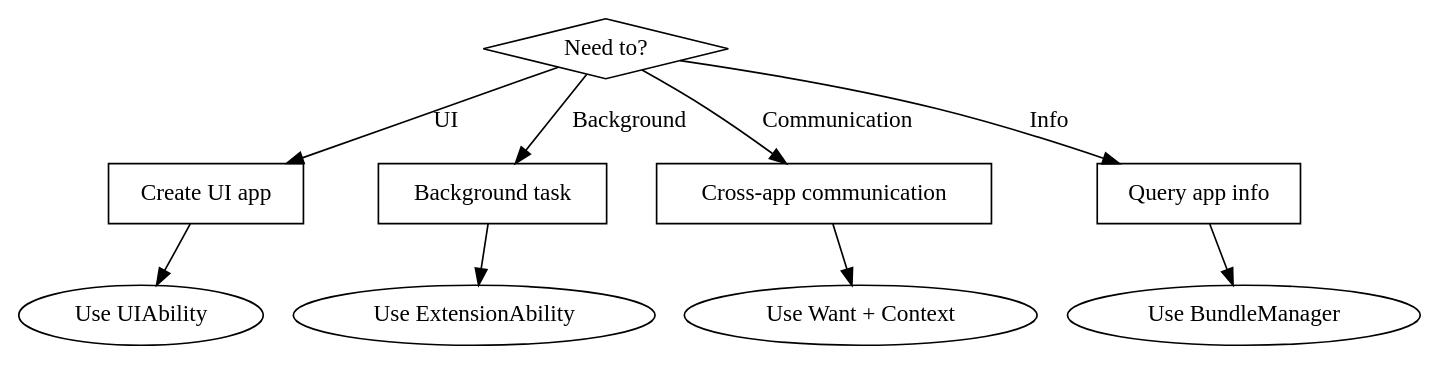
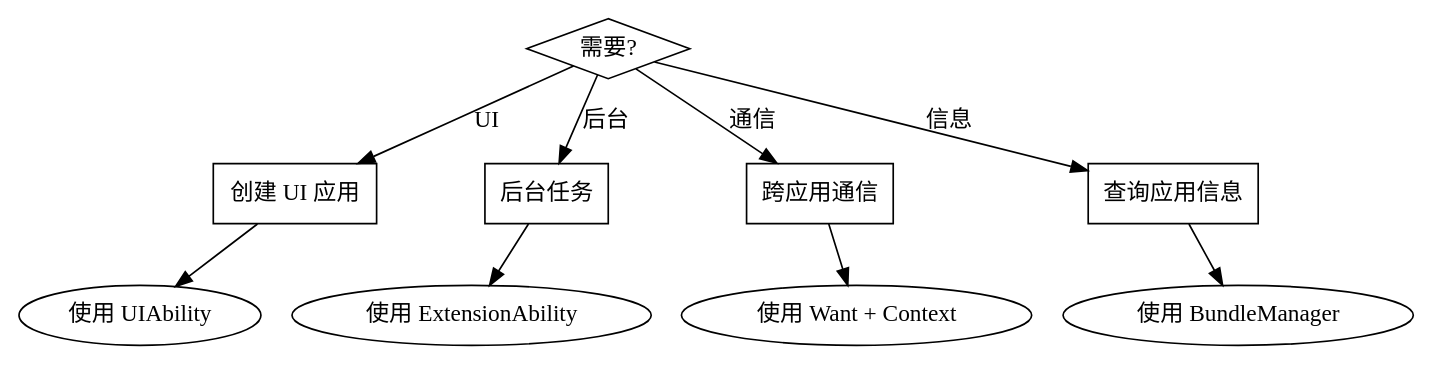
The diagram in skills/openharmony-ability-kit/SKILL.md (mengfei0053/skills), drawn with Graphviz before and after one commit. The commit also changed other lines of this file and 9 other files, not shown here.

````diff
--- a/skills/openharmony-ability-kit/SKILL.md
+++ b/skills/openharmony-ability-kit/SKILL.md
@@ -23,24 +23,24 @@
 ```dot
 digraph ability_decision {
-  "Need to?" [shape=diamond];
-  "Create UI app" [shape=box];
-  "Background task" [shape=box];
-  "Cross-app communication" [shape=box];
-  "Query app info" [shape=box];
-  
-  "Use UIAbility" [shape=ellipse];
-  "Use ExtensionAbility" [shape=ellipse];
-  "Use Want + Context" [shape=ellipse];
-  "Use BundleManager" [shape=ellipse];
-  
-  "Need to?" -> "Create UI app" [label="UI"];
-  "Need to?" -> "Background task" [label="Background"];
-  "Need to?" -> "Cross-app communication" [label="Communication"];
-  "Need to?" -> "Query app info" [label="Info"];
-  
-  "Create UI app" -> "Use UIAbility";
-  "Background task" -> "Use ExtensionAbility";
-  "Cross-app communication" -> "Use Want + Context";
-  "Query app info" -> "Use BundleManager";
+  "需要?" [shape=diamond];
+  "创建 UI 应用" [shape=box];
+  "后台任务" [shape=box];
+  "跨应用通信" [shape=box];
+  "查询应用信息" [shape=box];
+
+  "使用 UIAbility" [shape=ellipse];
+  "使用 ExtensionAbility" [shape=ellipse];
+  "使用 Want + Context" [shape=ellipse];
+  "使用 BundleManager" [shape=ellipse];
+
+  "需要?" -> "创建 UI 应用" [label="UI"];
+  "需要?" -> "后台任务" [label="后台"];
+  "需要?" -> "跨应用通信" [label="通信"];
+  "需要?" -> "查询应用信息" [label="信息"];
+
+  "创建 UI 应用" -> "使用 UIAbility";
+  "后台任务" -> "使用 ExtensionAbility";
+  "跨应用通信" -> "使用 Want + Context";
+  "查询应用信息" -> "使用 BundleManager";
 }
 ```
````
